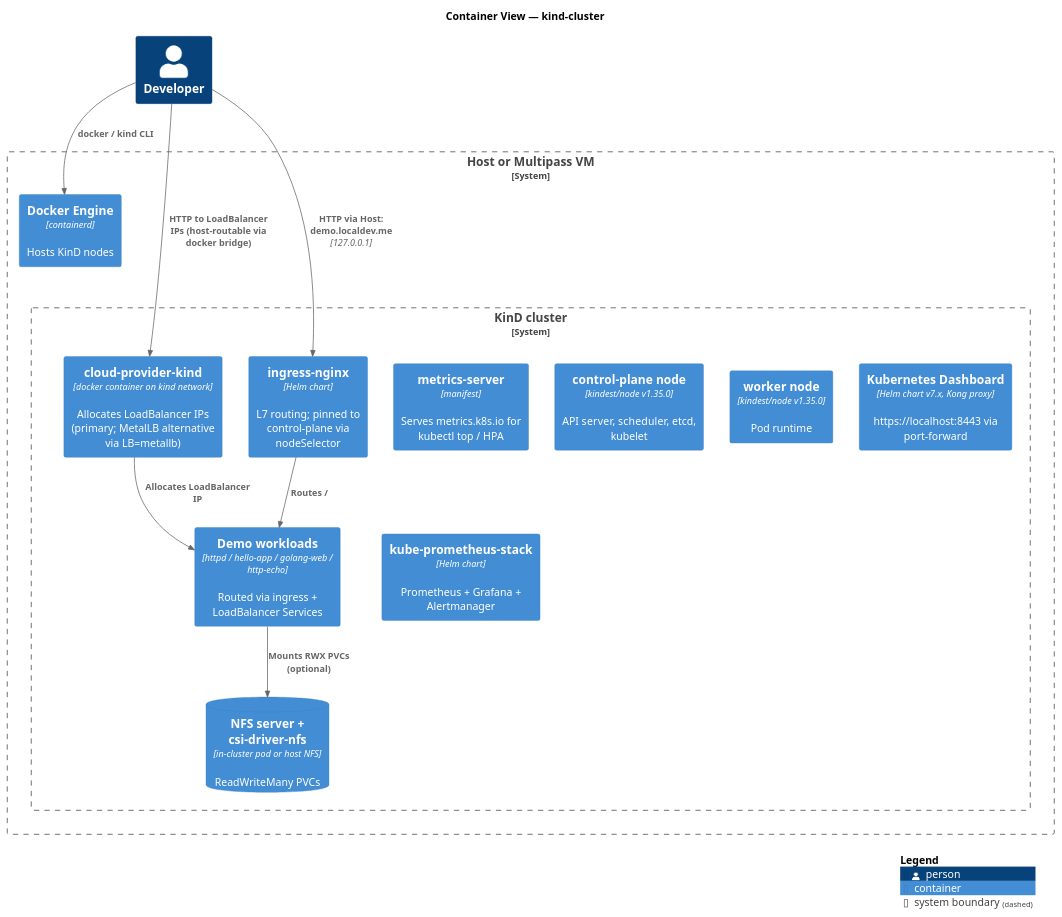
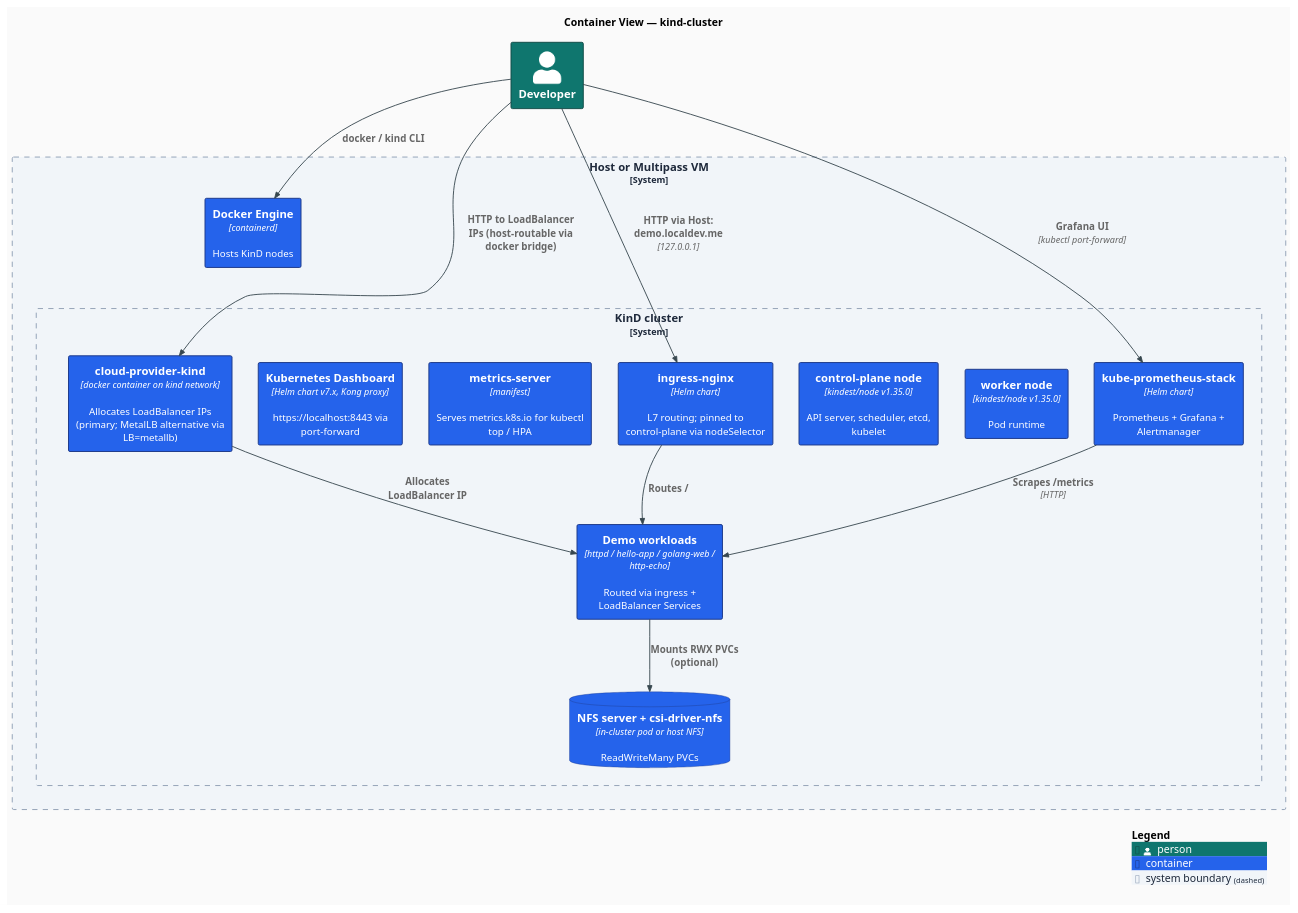
The diagram in docs/diagrams/c4-container.puml (AndriyKalashnykov/kind-cluster), drawn with PlantUML before and after one commit. The commit also changed 17 other files, not shown here.

```diff
--- a/docs/diagrams/c4-container.puml
+++ b/docs/diagrams/c4-container.puml
@@ -1,38 +1,55 @@
 @startuml c4-container
 !include https://raw.githubusercontent.com/plantuml-stdlib/C4-PlantUML/v2.10.0/C4_Container.puml
+
+' Modern flat styling: no shadows, sharper corners, clean sans-serif, modern palette.
+skinparam backgroundColor #FAFAFA
+skinparam shadowing false
+skinparam roundCorner 4
+skinparam defaultFontName "Inter, Helvetica, Arial, sans-serif"
+skinparam defaultFontSize 13
+skinparam ArrowColor #37474F
+skinparam ArrowThickness 1.2
+skinparam rectangleBorderThickness 1.3
+
+UpdateElementStyle("person",       $fontColor="#FFFFFF", $bgColor="#0F766E", $borderColor="#134E4A")
+UpdateElementStyle("container",    $fontColor="#FFFFFF", $bgColor="#2563EB", $borderColor="#1E3A8A")
+UpdateElementStyle("container_db", $fontColor="#FFFFFF", $bgColor="#7C3AED", $borderColor="#4C1D95")
+UpdateBoundaryStyle($bgColor="#F1F5F9", $borderColor="#94A3B8", $fontColor="#1E293B")
 
 title Container View — kind-cluster
 
 Person(dev, "Developer")
 
 System_Boundary(host, "Host or Multipass VM") {
   Container(docker, "Docker Engine", "containerd", "Hosts KinD nodes")
 
   System_Boundary(kind, "KinD cluster") {
     Container(cp, "control-plane node", "kindest/node v1.35.0", "API server, scheduler, etcd, kubelet")
     Container(worker, "worker node", "kindest/node v1.35.0", "Pod runtime")
 
     Container(ingress, "ingress-nginx", "Helm chart", "L7 routing; pinned to control-plane via nodeSelector")
     Container(lb, "cloud-provider-kind", "docker container on kind network", "Allocates LoadBalancer IPs (primary; MetalLB alternative via LB=metallb)")
     Container(metrics, "metrics-server", "manifest", "Serves metrics.k8s.io for kubectl top / HPA")
     Container(dash, "Kubernetes Dashboard", "Helm chart v7.x, Kong proxy", "https://localhost:8443 via port-forward")
     ContainerDb(nfs, "NFS server + csi-driver-nfs", "in-cluster pod or host NFS", "ReadWriteMany PVCs")
     Container(prom, "kube-prometheus-stack", "Helm chart", "Prometheus + Grafana + Alertmanager")
     Container(apps, "Demo workloads", "httpd / hello-app / golang-web / http-echo", "Routed via ingress + LoadBalancer Services")
   }
 }
 
 Rel(dev, docker, "docker / kind CLI")
 Rel(dev, ingress, "HTTP via Host: demo.localdev.me", "127.0.0.1")
 Rel(dev, lb, "HTTP to LoadBalancer IPs (host-routable via docker bridge)")
 Rel(ingress, apps, "Routes /")
 Rel(lb, apps, "Allocates LoadBalancer IP")
 Rel(apps, nfs, "Mounts RWX PVCs (optional)")
+Rel(prom, apps, "Scrapes /metrics", "HTTP")
+Rel(dev, prom, "Grafana UI", "kubectl port-forward")
 
 Lay_D(docker, kind)
 Lay_R(cp, worker)
 Lay_D(ingress, apps)
 Lay_R(lb, apps)
 
 SHOW_LEGEND()
 @enduml
```
